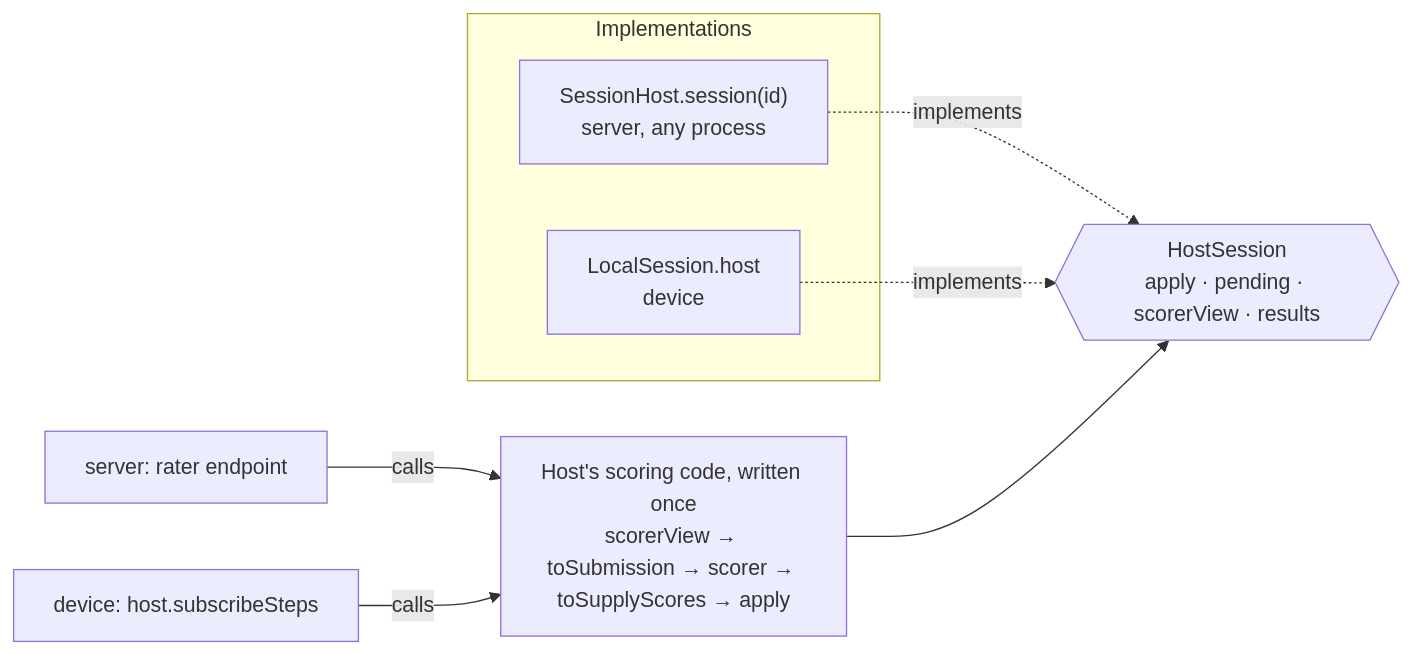
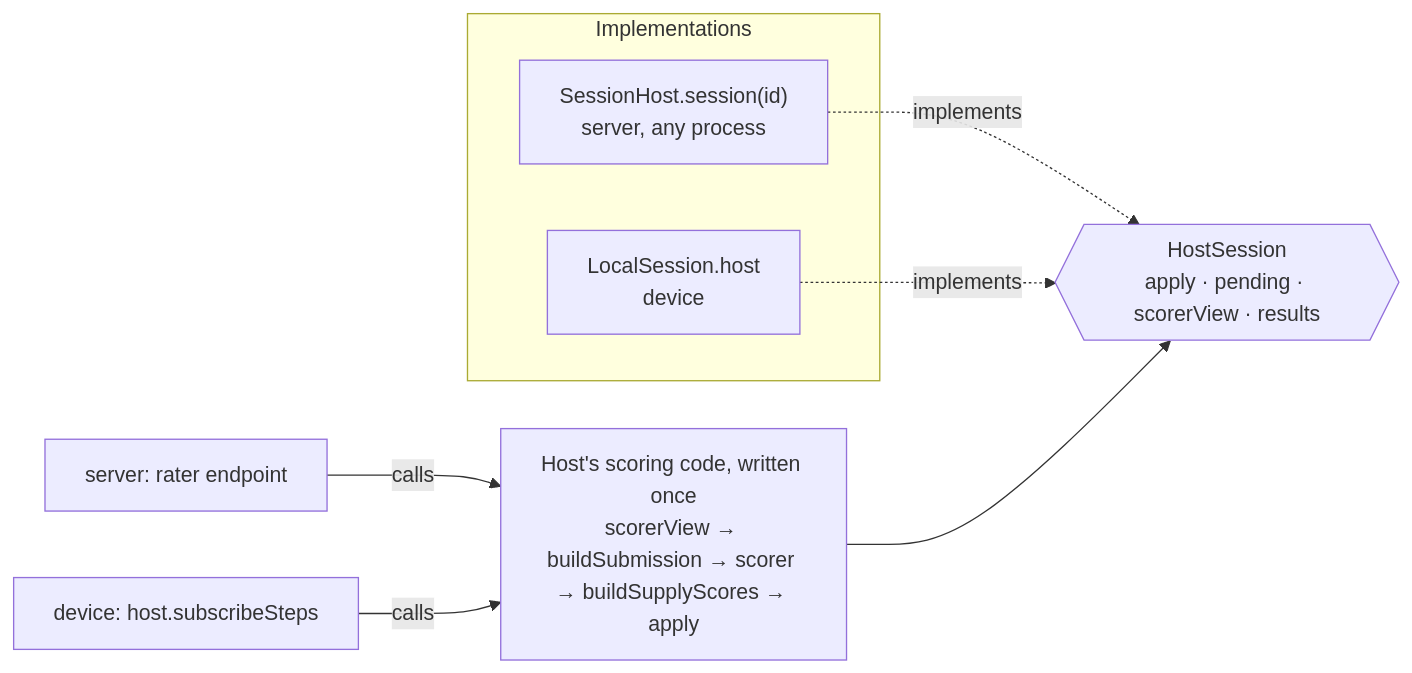
Before and after one commit to assesskit/assesskit: the second of 2 diagrams in docs/player/protocol.md, drawn with Mermaid. The commit also changed other lines of this file and 80 other files, not shown here.

````diff
--- a/docs/player/protocol.md
+++ b/docs/player/protocol.md
@@ -135,13 +135,13 @@
 ```mermaid
 flowchart LR
   subgraph impl["Implementations"]
     SH["SessionHost.session(id)<br/>server, any process"]
     LS["LocalSession.host<br/>device"]
   end
   HS{{"HostSession<br/>apply · pending · scorerView · results"}}
   SH -. implements .-> HS
   LS -. implements .-> HS
-  SC["Host's scoring code, written once<br/>scorerView → toSubmission → scorer → toSupplyScores → apply"] --> HS
+  SC["Host's scoring code, written once<br/>scorerView → buildSubmission → scorer → buildSupplyScores → apply"] --> HS
   T1["server: rater endpoint"] -->|calls| SC
   T2["device: host.subscribeSteps"] -->|calls| SC
 ```
````
